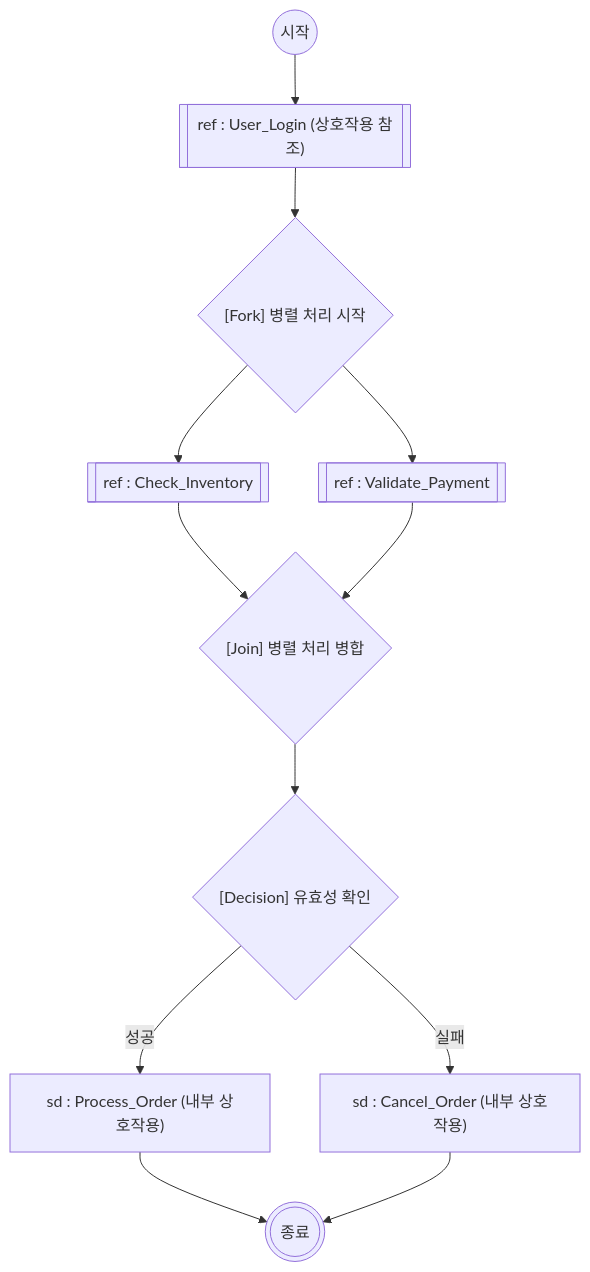
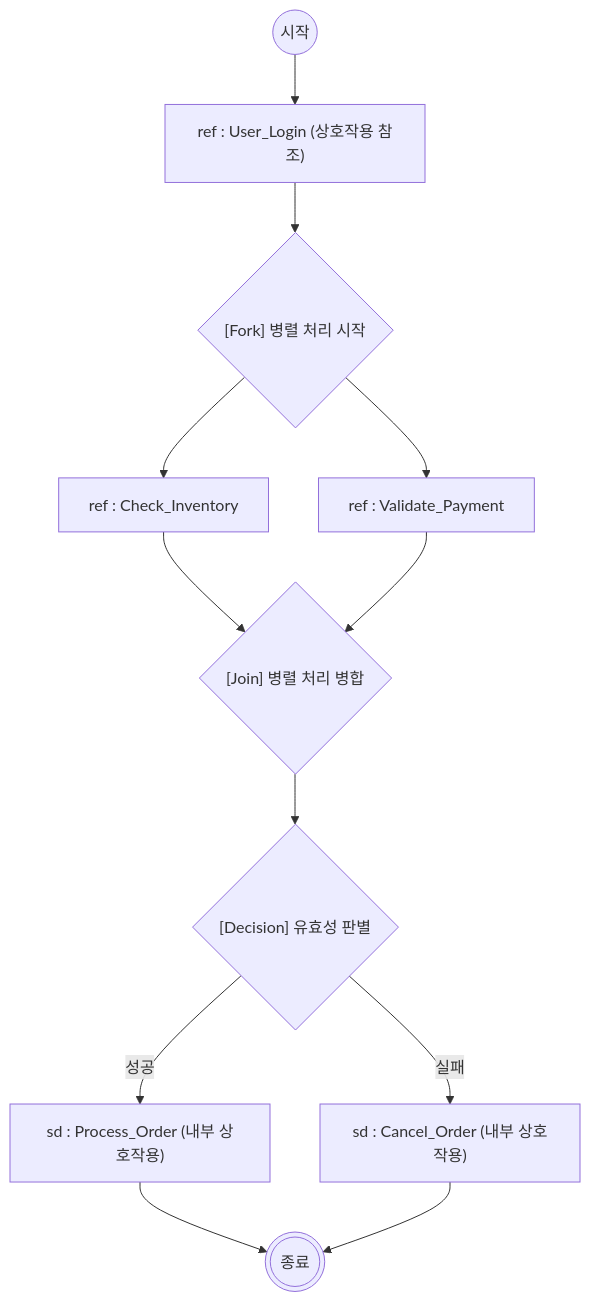
One commit to supremethumb/supremethumb.github.io changed the diagram in content/01_IT Tech/Interaction overview diagram.md. Above: the diagram before and after it, drawn with Mermaid. The commit also changed other lines of this file and 362 other files, not shown here.

````diff
--- a/content/01_IT Tech/Interaction overview diagram.md
+++ b/content/01_IT Tech/Interaction overview diagram.md
@@ -27,21 +30,20 @@
 ```mermaid
 flowchart TD
-    Start((시작)) --> Login[["ref : User_Login (상호작용 참조)"]]
+    Start((시작)) --> Login["ref : User_Login (상호작용 참조)"]
     
     Login --> Fork{"[Fork] 병렬 처리 시작"}
     
-    Fork --> CheckInventory[["ref : Check_Inventory"]]
-    Fork --> ValidatePay[["ref : Validate_Payment"]]
+    Fork --> CheckInventory["ref : Check_Inventory"]
+    Fork --> ValidatePay["ref : Validate_Payment"]
     
     CheckInventory --> Join{"[Join] 병렬 처리 병합"}
     ValidatePay --> Join
     
-    Join --> Decision{"[Decision] 유효성 확인"}
+    Join --> Decision{"[Decision] 유효성 판별"}
     
     Decision -->|성공| ProcessOrder["sd : Process_Order (내부 상호작용)"]
     Decision -->|실패| CancelOrder["sd : Cancel_Order (내부 상호작용)"]
     
     ProcessOrder --> End(((종료)))
     CancelOrder --> End
-
 ```
````
